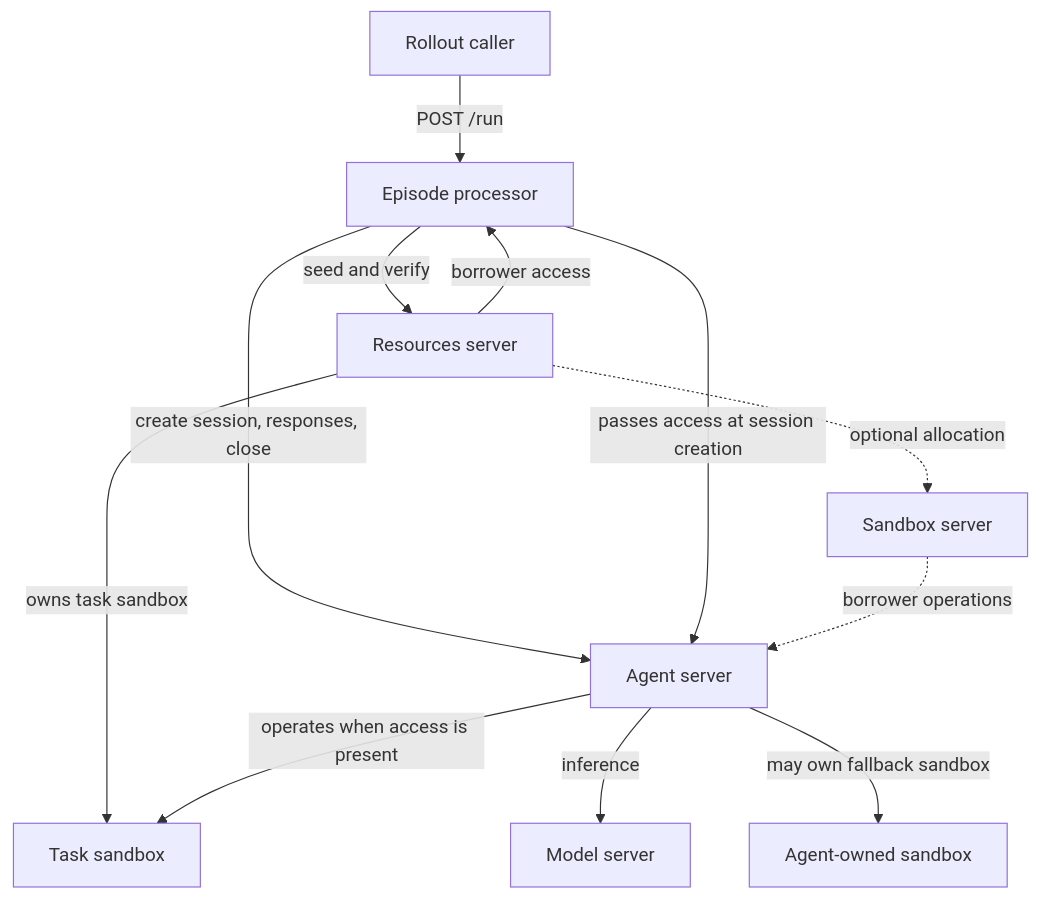
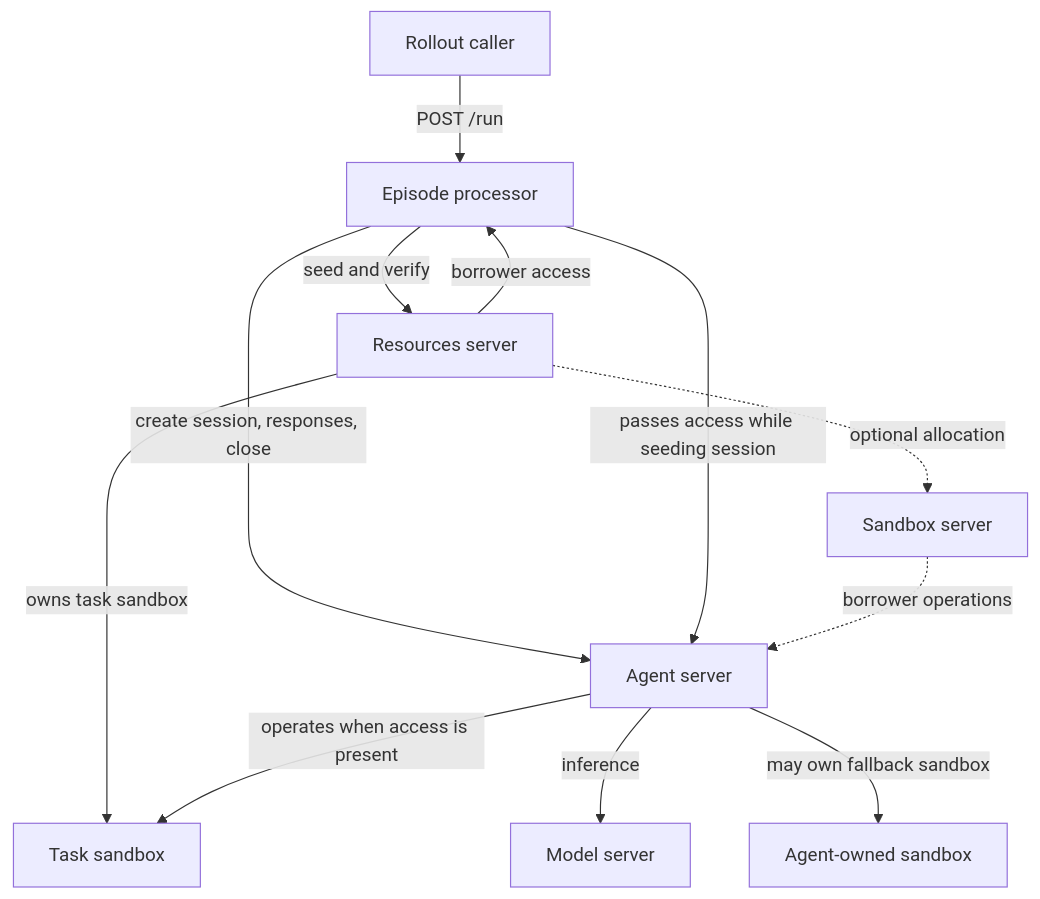
One commit to ananthsub/Gym changed the first of 3 diagrams in investigations/episode-orchestration-design.md. Above: the diagram before and after it, drawn with Mermaid. The commit also changed other lines of this file and 2 other files, not shown here.

````diff
--- a/investigations/episode-orchestration-design.md
+++ b/investigations/episode-orchestration-design.md
@@ -65,14 +65,14 @@
 ```mermaid
 flowchart TB
     Caller[Rollout caller] -->|POST /run| Processor[Episode processor]
     Processor -->|seed and verify| ResourcesServer[Resources server]
     Processor -->|create session, responses, close| Agent[Agent server]
     Agent -->|inference| Model[Model server]
     ResourcesServer -->|owns task sandbox| TaskSandbox[Task sandbox]
     ResourcesServer -->|borrower access| Processor
-    Processor -->|passes access at session creation| Agent
+    Processor -->|passes access while seeding session| Agent
     Agent -->|operates when access is present| TaskSandbox
     Agent -->|may own fallback sandbox| AgentSandbox[Agent-owned sandbox]
     ResourcesServer -.->|optional allocation| SandboxServer[Sandbox server]
     SandboxServer -.->|borrower operations| Agent
 ```
````
